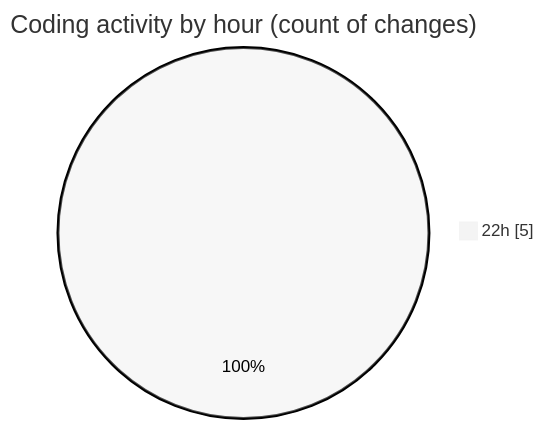
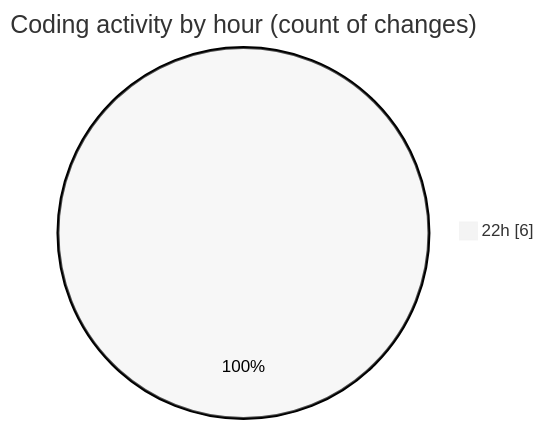
One commit to Ritupan-Deka/code-tracking changed the second of 2 diagrams in 2026-01-10/dsa/README.md. Above: the diagram before and after it, drawn with Mermaid (neutral theme). The commit also changed other lines of this file and 1 other file, not shown here.

````diff
--- a/2026-01-10/dsa/README.md
+++ b/2026-01-10/dsa/README.md
@@ -30,5 +30,5 @@
 ```mermaid
 pie showData
 title Coding activity by hour (count of changes)
-"22h" : 5
+"22h" : 6
 ```
````
